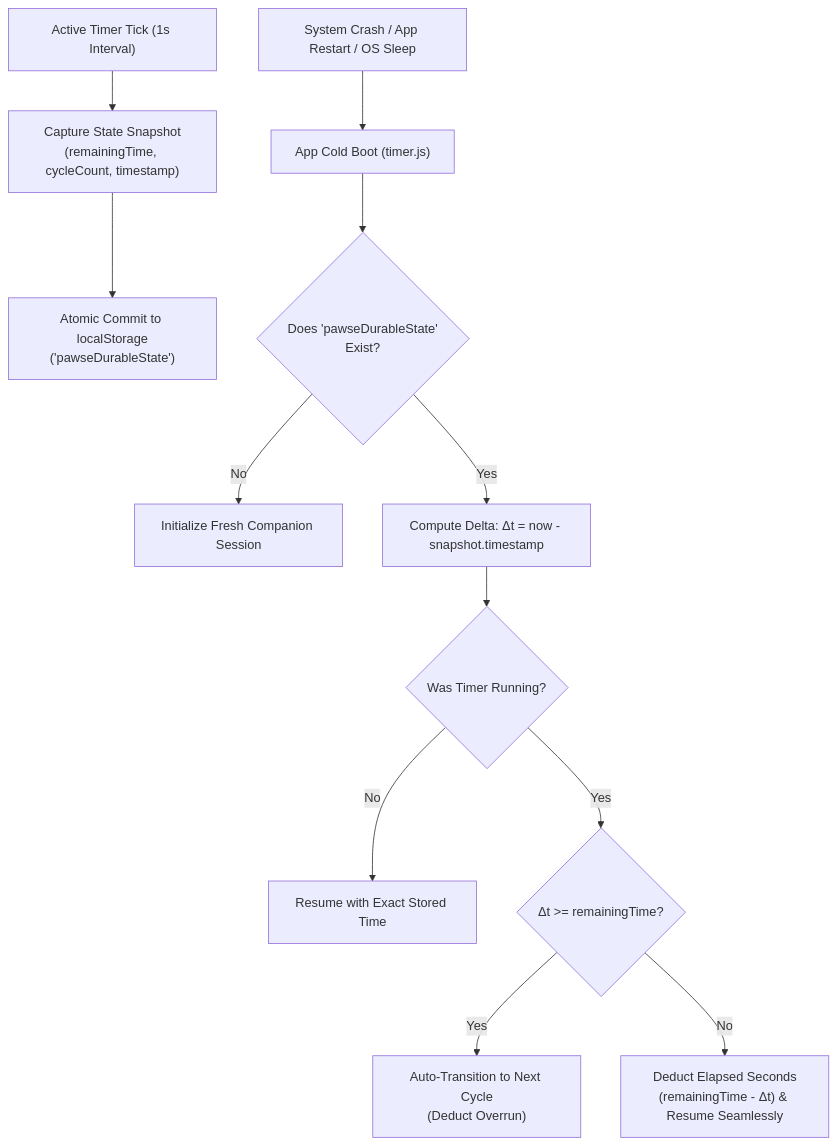
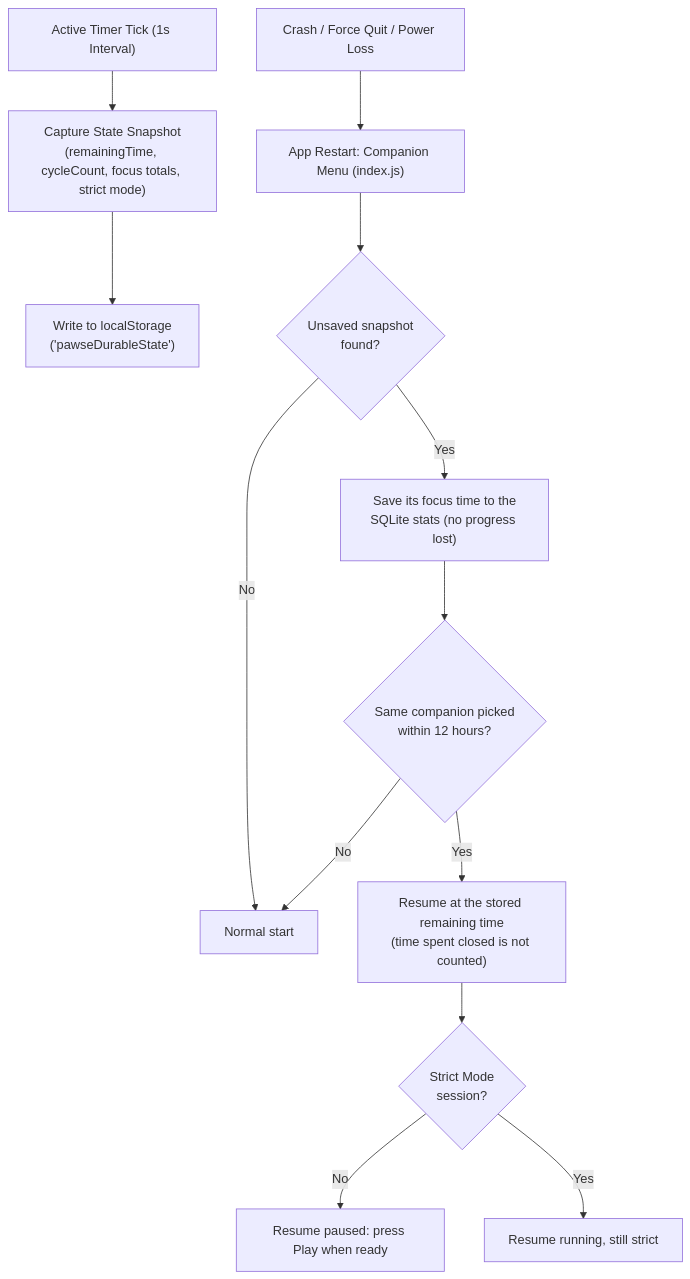
The first of 2 diagrams in README.md (educ-jkescritor/Pawse), drawn with Mermaid before and after one commit. The commit also changed other lines of this file and 1 other file, not shown here.

Commit message:
update: align readme with actual app behavior

````diff
--- a/README.md
+++ b/README.md
@@ -99,15 +99,16 @@
 ```mermaid
 flowchart TD
-    A["Active Timer Tick (1s Interval)"] --> B["Capture State Snapshot<br/>(remainingTime, cycleCount, timestamp)"]
-    B --> C["Atomic Commit to localStorage<br/>('pawseDurableState')"]
-    
-    D["System Crash / App Restart / OS Sleep"] --> E["App Cold Boot (timer.js)"]
-    E --> F{"Does 'pawseDurableState'<br/>Exist?"}
-    F -- No --> G["Initialize Fresh Companion Session"]
-    F -- Yes --> H["Compute Delta: Δt = now - snapshot.timestamp"]
-    H --> I{"Was Timer Running?"}
-    I -- No --> J["Resume with Exact Stored Time"]
-    I -- Yes --> K{"Δt >= remainingTime?"}
-    K -- Yes --> L["Auto-Transition to Next Cycle<br/>(Deduct Overrun)"]
-    K -- No --> M["Deduct Elapsed Seconds<br/>(remainingTime - Δt) & Resume Seamlessly"]
+    A["Active Timer Tick (1s Interval)"] --> B["Capture State Snapshot<br/>(remainingTime, cycleCount, focus totals, strict mode)"]
+    B --> C["Write to localStorage<br/>('pawseDurableState')"]
+
+    D["Crash / Force Quit / Power Loss"] --> E["App Restart: Companion Menu (index.js)"]
+    E --> F{"Unsaved snapshot<br/>found?"}
+    F -- No --> G["Normal start"]
+    F -- Yes --> H["Save its focus time to the<br/>SQLite stats (no progress lost)"]
+    H --> I{"Same companion picked<br/>within 12 hours?"}
+    I -- No --> G
+    I -- Yes --> J["Resume at the stored remaining time<br/>(time spent closed is not counted)"]
+    J --> K{"Strict Mode<br/>session?"}
+    K -- No --> L["Resume paused: press Play when ready"]
+    K -- Yes --> M["Resume running, still strict"]
 ```
````
